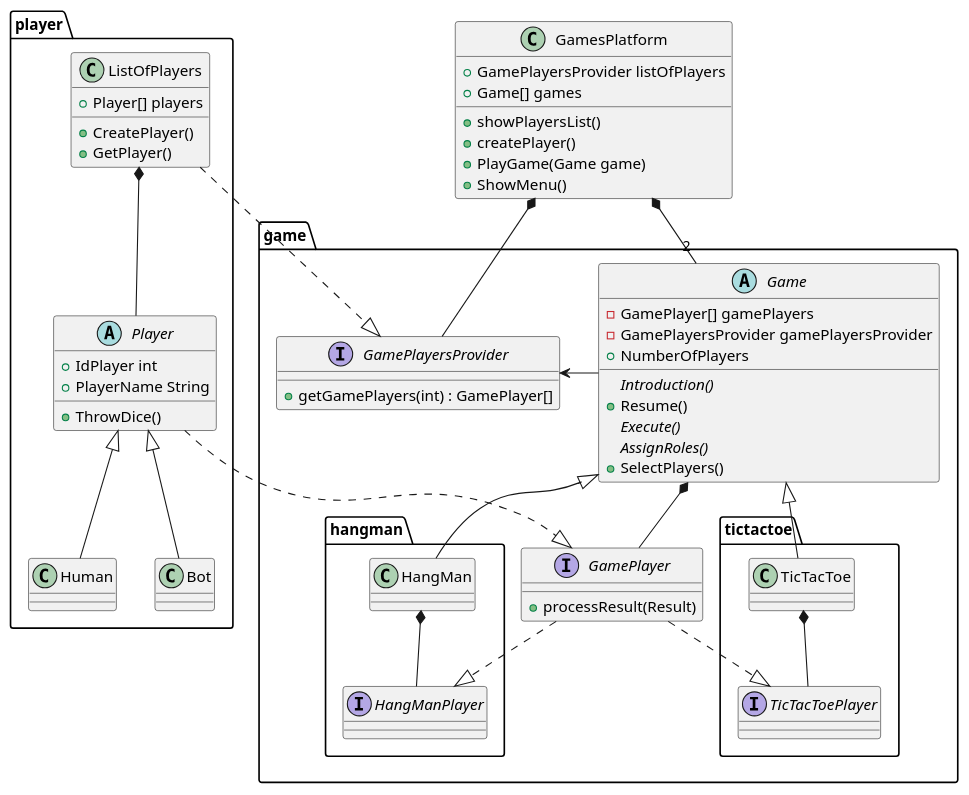
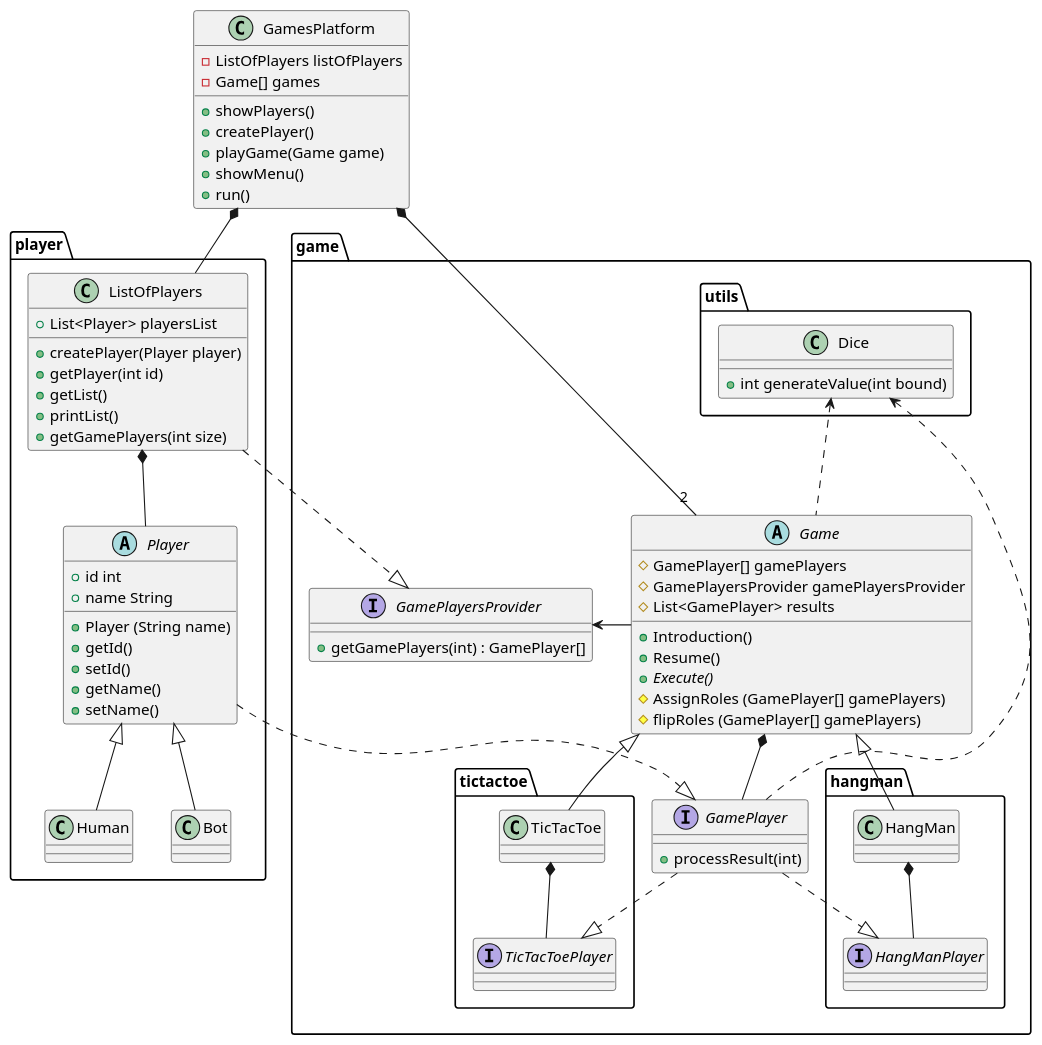
Before and after one commit to Gabs16TL/Games_Platform: the diagram in diagrams/ClassDiagramMain.wsd, drawn with PlantUML. The commit also changed 2 other files, not shown here.

Commit message:
Se modificaron los diagramas con respecto al código

```diff
--- a/diagrams/ClassDiagramMain.wsd
+++ b/diagrams/ClassDiagramMain.wsd
@@ -1,88 +1,109 @@
 @startuml
 
 class GamesPlatform {
-    +GamePlayersProvider listOfPlayers
-    +showPlayersList()
+    -ListOfPlayers listOfPlayers
+    -Game[] games
+    +showPlayers()
     +createPlayer()
-    +PlayGame(Game game)
-    +Game[] games
-    +ShowMenu()
+    +playGame(Game game)
+    +showMenu()
+    +run()
 }
 
 package game {
     abstract class Game {
-        - GamePlayer[] gamePlayers
-        - GamePlayersProvider gamePlayersProvider
-        +NumberOfPlayers
-        {abstract}Introduction()
-        +Resume()
-        {abstract}Execute()
-        {abstract}AssignRoles()
-        +SelectPlayers()
+        # GamePlayer[] gamePlayers
+        # GamePlayersProvider gamePlayersProvider
+        # List<GamePlayer> results
+        + Introduction()
+        + Resume()
+        + {abstract}Execute()
+        # AssignRoles (GamePlayer[] gamePlayers)
+        # flipRoles (GamePlayer[] gamePlayers)
     }
     package tictactoe {
         class TicTacToe {
 
         }
         interface TicTacToePlayer {
 
         }
     }
     package hangman {
         class HangMan {
-            
+
         }
         interface HangManPlayer{
 
         }
     }
+
     interface GamePlayer {
-        + processResult(Result)
+        + processResult(int)
     }
     interface GamePlayersProvider {
         + getGamePlayers(int) : GamePlayer[]
     }
+
+    package utils {
+        class Dice{
+            + int generateValue(int bound)
+        }
+    }
+
 }
 
 package player {
     abstract class Player {
-        +IdPlayer int
-        +PlayerName String
-        +ThrowDice()
+        +id int
+        +name String
+        +Player (String name)
+        +getId()
+        +setId()
+        +getName()
+        +setName()
     }
     class ListOfPlayers {
-        +Player[] players
-        +CreatePlayer()
-        +GetPlayer()
+        +List<Player> playersList
+        +createPlayer(Player player)
+        +getPlayer(int id)
+        +getList()
+        +printList()
+        +getGamePlayers(int size)
     }
     class Bot {
 
     }
     class Human {
 
     }
 }
 
+
 GamesPlatform *-- "2" Game
-GamesPlatform *-- GamePlayersProvider
+GamesPlatform *-- ListOfPlayers
 
 Game <|-- TicTacToe
 Game <|-- HangMan
 Game -right-> GamePlayersProvider
 
 Player <|-- Bot
 Player <|-- Human
 Player ..|> GamePlayer
 
 Game *-- GamePlayer
 
+
+Dice <.. Game
+Dice <.. GamePlayer
+
 ListOfPlayers *-- Player
 ListOfPlayers ..|> GamePlayersProvider
 
 TicTacToe *-- TicTacToePlayer
 HangMan *-- HangManPlayer
 
 GamePlayer ..|> TicTacToePlayer
 GamePlayer ..|> HangManPlayer
 
 @enduml
```
